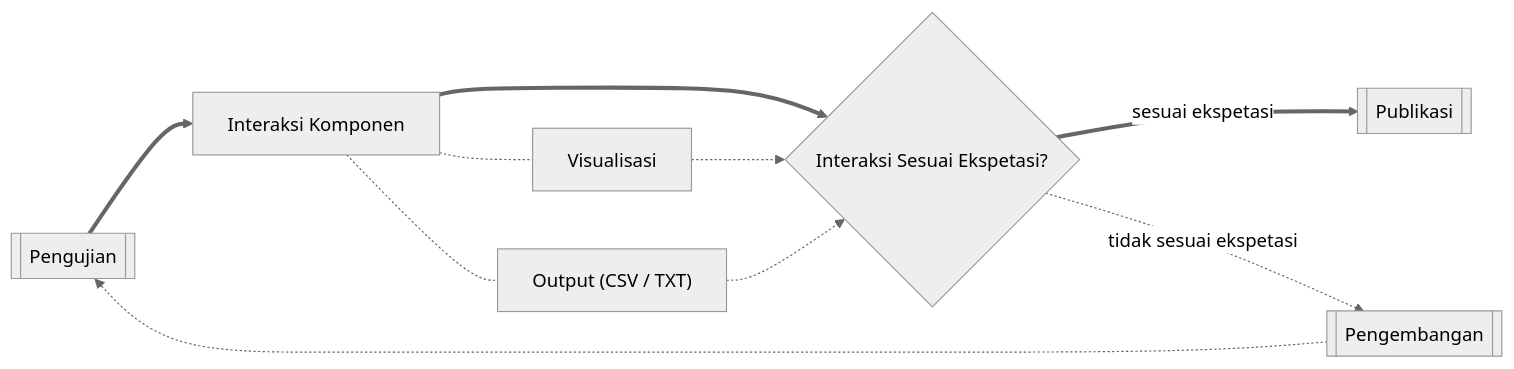
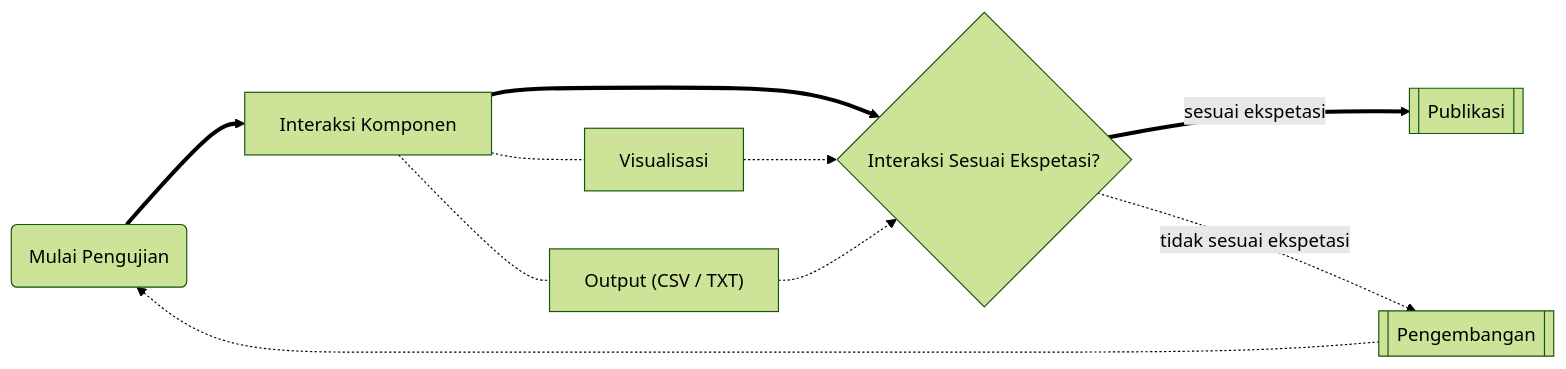
One commit to fiakoengineering/manual changed the second of 5 diagrams in webapps/webapps-rainfall.qmd. Above: the diagram before and after it, drawn with Mermaid. The commit also changed other lines of this file and 4 other files, not shown here.

Commit message:
tambah penjelasan dan diagram (#2)

````diff
--- a/webapps/webapps-rainfall.qmd
+++ b/webapps/webapps-rainfall.qmd
@@ -254,26 +258,26 @@
 ```{mermaid}
 %%| label: fig-testing-apps
 %%| fig-cap: Gambaran pengujian aplikasi secara manual.
 %%| fig-height: 100%
 %%| fig-align: center
-%%{ init: { 'flowchart': { 'curve': 'bump'}, 'theme': 'neutral' } }%%
+%%{ init: { 'flowchart': { 'curve': 'bump'}, 'theme': 'forest' } }%%
 flowchart LR
-    pengujian[[Pengujian]]
+    pengujian(Mulai Pengujian)
     pengembangan[[Pengembangan]]
     publikasi[[Publikasi]]
     interaksi[Interaksi Komponen]
     intended{Interaksi Sesuai Ekspetasi?}
     visualisasi[Visualisasi]
     output["Output (CSV / TXT)"]
 
     intended == sesuai ekspetasi ==> publikasi
     pengujian ==> interaksi
     interaksi ==> intended
     interaksi -.- visualisasi
     interaksi -.- output
     pengembangan -.-> pengujian
     visualisasi -.-> intended
     output -.-> intended
     intended -. tidak sesuai ekspetasi .-> pengembangan
 
 ```
````
